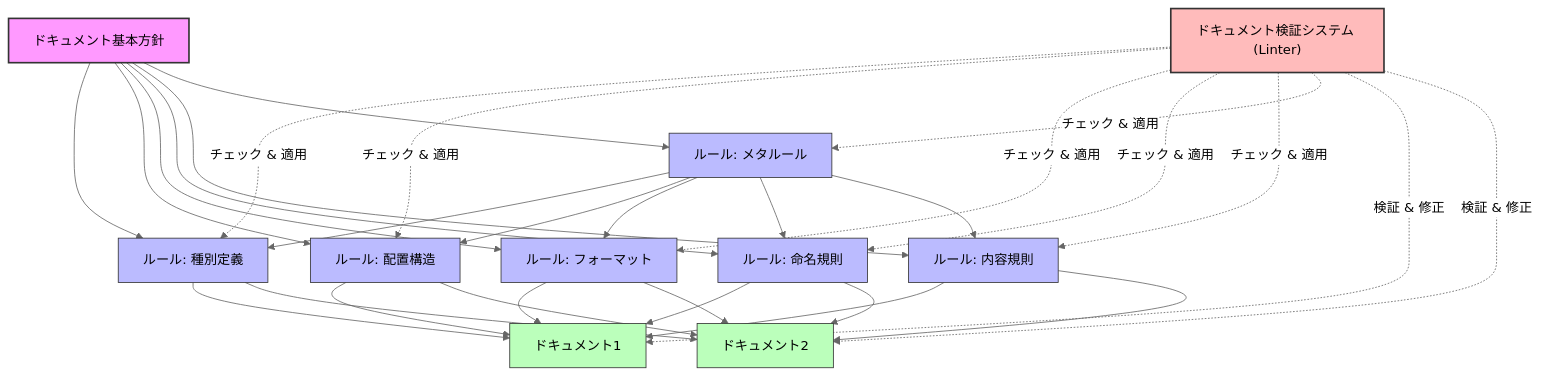
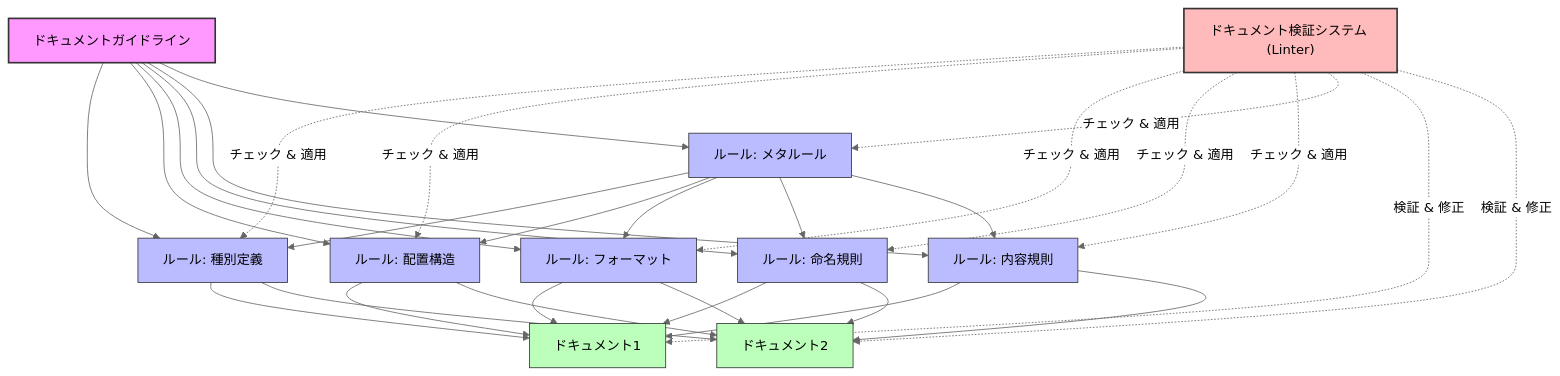
One commit to ToyB0x/ai-coding-rules changed the second of 2 diagrams in Guideline.md. Above: the diagram before and after it, drawn with Mermaid (neutral theme). The commit also changed other lines of this file and 1 other file, not shown here.

````diff
--- a/Guideline.md
+++ b/Guideline.md
@@ -86,46 +86,46 @@
 ```mermaid
 graph TD
-  A["ドキュメント基本方針"] --> B1["ルール: 種別定義"]
+  A["ドキュメントガイドライン"] --> B1["ルール: 種別定義"]
   A --> B2["ルール: 配置構造"]
   A --> B3["ルール: フォーマット"]
   A --> B4["ルール: 命名規則"]
   A --> B5["ルール: 内容規則"]
   A --> B6["ルール: メタルール"]
   
   D["ドキュメント検証システム (Linter)"] -.-> |"チェック & 適用"| B1
   D -.-> |"チェック & 適用"| B2
   D -.-> |"チェック & 適用"| B3
   D -.-> |"チェック & 適用"| B4
   D -.-> |"チェック & 適用"| B5
   D -.-> |"チェック & 適用"| B6
   
   B1 --> C1["ドキュメント1"]
   B1 --> C2["ドキュメント2"]
   B2 --> C1
   B2 --> C2
   B3 --> C1
   B3 --> C2
   B4 --> C1
   B4 --> C2
   B5 --> C1
   B5 --> C2
   B6 --> B1
   B6 --> B2
   B6 --> B3
   B6 --> B4
   B6 --> B5
   
   D -.-> |"検証 & 修正"| C1
   D -.-> |"検証 & 修正"| C2
   
   style A fill:#f9f,stroke:#333,stroke-width:2px
   style B1 fill:#bbf,stroke:#333,stroke-width:1px
   style B2 fill:#bbf,stroke:#333,stroke-width:1px
   style B3 fill:#bbf,stroke:#333,stroke-width:1px
   style B4 fill:#bbf,stroke:#333,stroke-width:1px
   style B5 fill:#bbf,stroke:#333,stroke-width:1px
   style B6 fill:#bbf,stroke:#333,stroke-width:1px
   style C1 fill:#bfb,stroke:#333,stroke-width:1px
   style C2 fill:#bfb,stroke:#333,stroke-width:1px
   style D fill:#fbb,stroke:#333,stroke-width:2px
 ```
````
